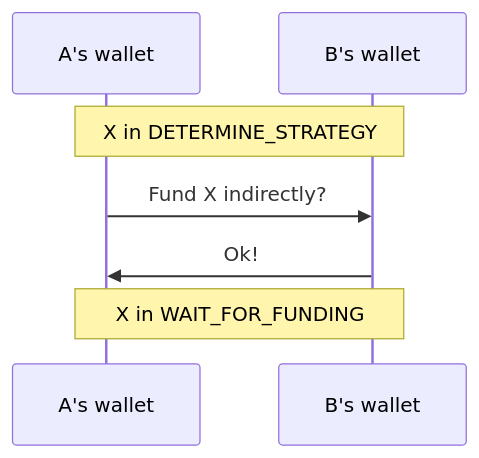
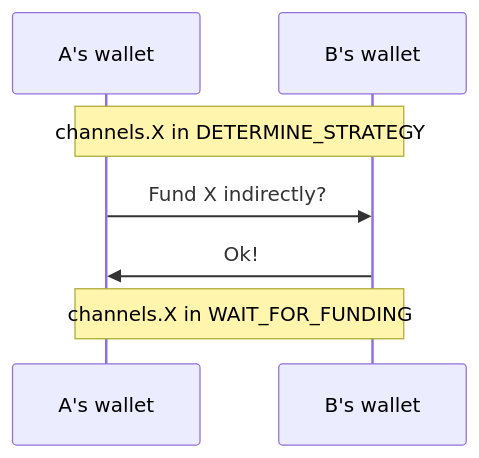
One commit to magmo/apps changed the first of 4 diagrams in packages/wallet/notes/indirect_funding_proposal.md. Above: the diagram before and after it, drawn with Mermaid.

Commit message:
a few more

````diff
--- a/packages/wallet/notes/indirect_funding_proposal.md
+++ b/packages/wallet/notes/indirect_funding_proposal.md
@@ -26,13 +26,13 @@
 ```mermaid
 sequenceDiagram
     participant wltA as A's wallet
     participant wltB as B's wallet
 
-    Note over wltA, wltB: X in DETERMINE_STRATEGY
+    Note over wltA, wltB: channels.X in DETERMINE_STRATEGY
 
 
     wltA->>wltB: Fund X indirectly?
     wltB->>wltA: Ok!
 
-    Note over wltA, wltB: X in WAIT_FOR_FUNDING
+    Note over wltA, wltB: channels.X in WAIT_FOR_FUNDING
 ```
````
